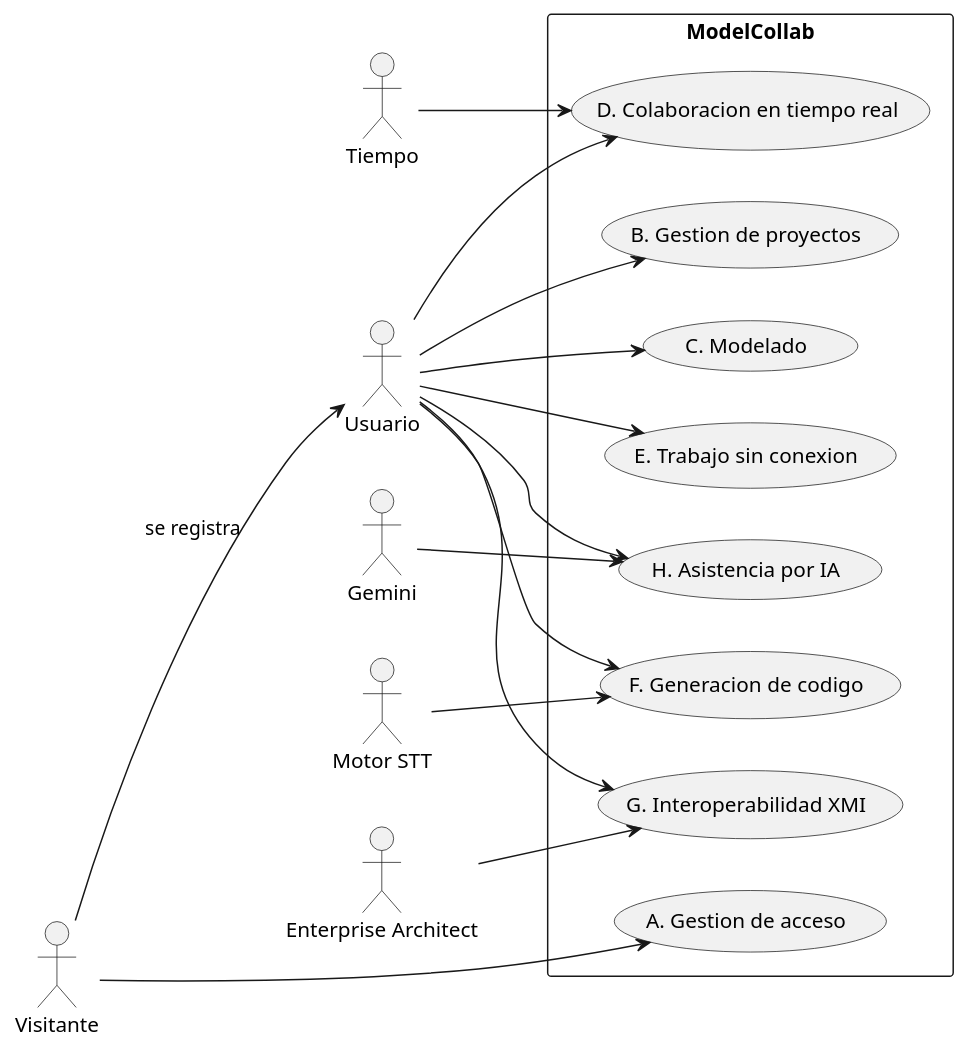
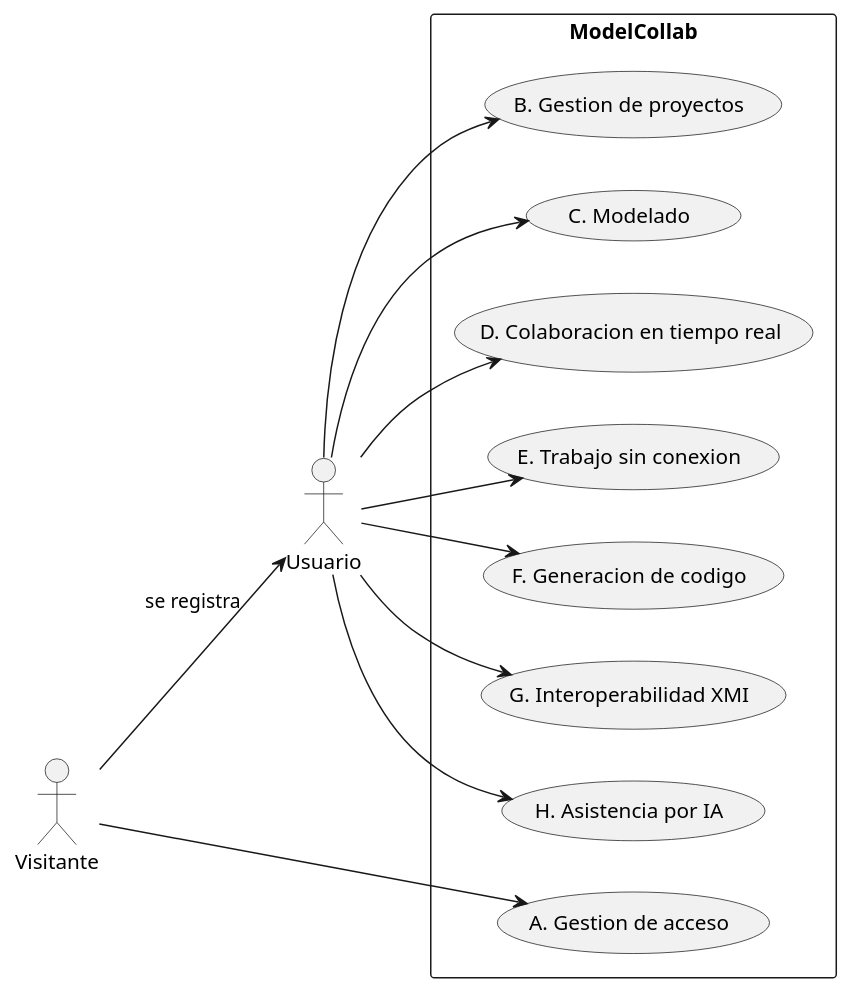
The diagram in docs/puds/diagramas/casos-de-uso-general.puml (daniel-ol5/diagramacolaborativo), drawn with PlantUML before and after one commit. The commit also changed 6 other files, not shown here.

```diff
--- a/docs/puds/diagramas/casos-de-uso-general.puml
+++ b/docs/puds/diagramas/casos-de-uso-general.puml
@@ -1,38 +1,30 @@
 @startuml casos-de-uso-general
 ' ModelCollab - Diagrama de contexto: actores y paquetes de casos de uso
 left to right direction
 skinparam packageStyle rectangle
 
 actor "Visitante" as V
 actor "Usuario" as U
-actor "Tiempo" as T
-actor "Gemini" as G
-actor "Enterprise Architect" as EA
-actor "Motor STT" as STT
 
 V --> U : se registra
 
 rectangle "ModelCollab" {
   usecase "A. Gestion de acceso" as A
   usecase "B. Gestion de proyectos" as B
   usecase "C. Modelado" as CC
   usecase "D. Colaboracion en tiempo real" as D
   usecase "E. Trabajo sin conexion" as E
   usecase "F. Generacion de codigo" as F
   usecase "G. Interoperabilidad XMI" as GG
   usecase "H. Asistencia por IA" as H
 }
 
 V --> A
 U --> B
 U --> CC
 U --> D
-T --> D
 U --> E
 U --> F
-STT --> F
 U --> GG
-EA --> GG
 U --> H
-G --> H
 @enduml
```
